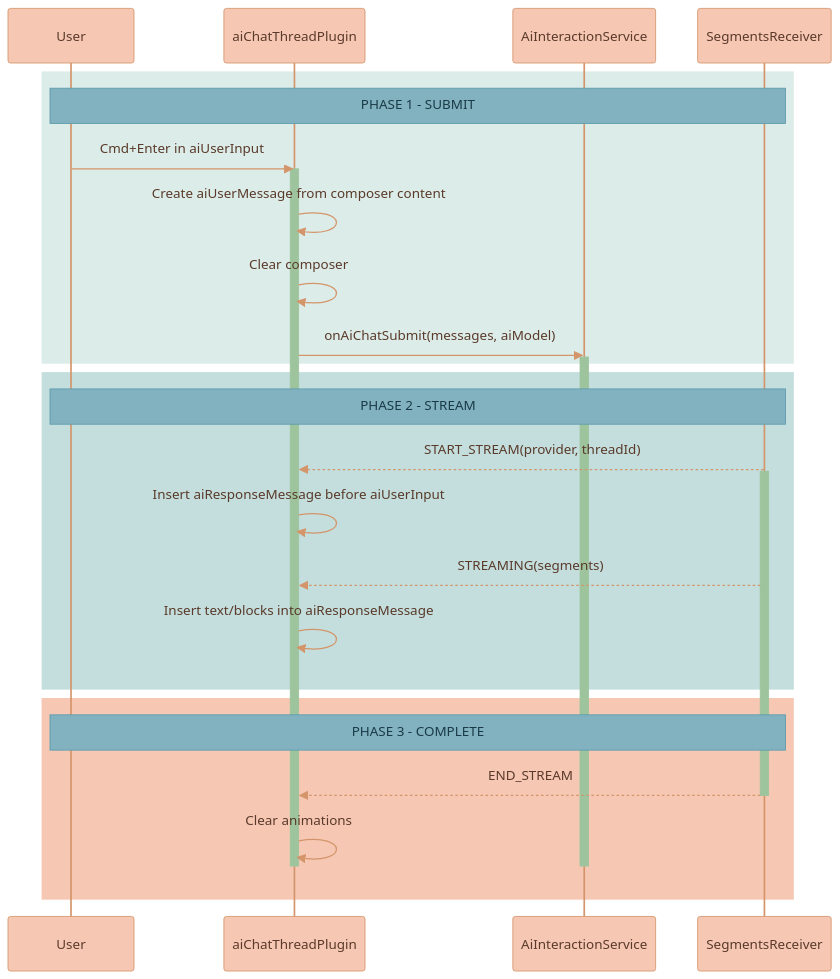
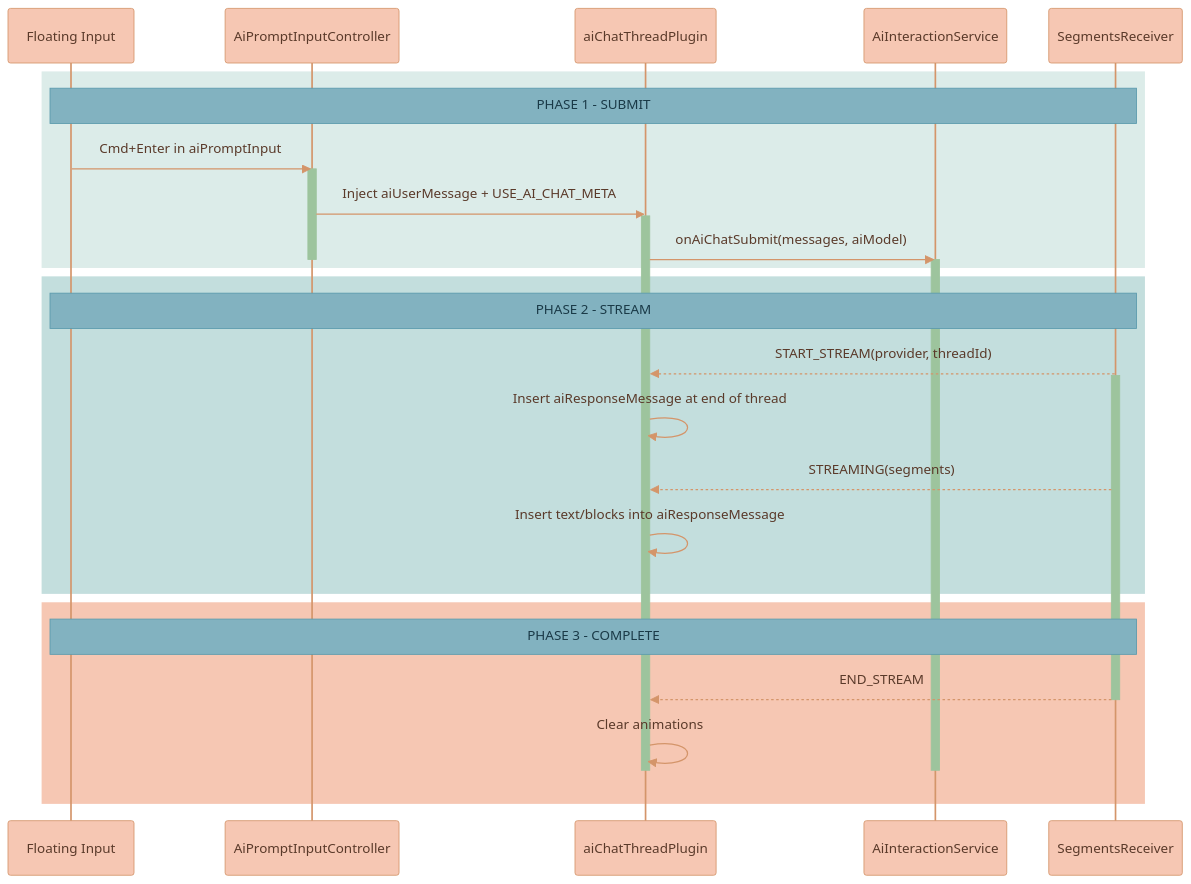
Before and after one commit to Lixpi/lixpi: the seventh of 8 diagrams in services/web-ui/src/components/proseMirror/README.md, drawn with Mermaid. The commit also changed other lines of this file and 21 other files, not shown here.

Commit message:
LIX-43 # split ai chat thread and ai user input into separate nodes rendered in separate prosemirror intances

````diff
--- a/services/web-ui/src/components/proseMirror/README.md
+++ b/services/web-ui/src/components/proseMirror/README.md
@@ -315,42 +321,44 @@
 ```mermaid
 %%{init: {'theme': 'base', 'themeVariables': { 'noteBkgColor': '#82B2C0', 'noteTextColor': '#1a3a47', 'noteBorderColor': '#5a9aad', 'actorBkg': '#F6C7B3', 'actorBorder': '#d4956a', 'actorTextColor': '#5a3a2a', 'actorLineColor': '#d4956a', 'signalColor': '#d4956a', 'signalTextColor': '#5a3a2a', 'labelBoxBkgColor': '#F6C7B3', 'labelBoxBorderColor': '#d4956a', 'labelTextColor': '#5a3a2a', 'loopTextColor': '#5a3a2a', 'activationBorderColor': '#9DC49D', 'activationBkgColor': '#9DC49D', 'sequenceNumberColor': '#5a3a2a'}}}%%
 sequenceDiagram
-  participant UI as User
+  participant FI as Floating Input
+  participant Ctrl as AiPromptInputController
   participant Plugin as aiChatThreadPlugin
   participant S as AiInteractionService
   participant SR as SegmentsReceiver
   %% ═══════════════════════════════════════════════════════════════
   %% PHASE 1: SUBMIT
   %% ═══════════════════════════════════════════════════════════════
   rect rgb(220, 236, 233)
-      Note over UI, SR: PHASE 1 - SUBMIT
-      UI->>Plugin: Cmd+Enter in aiUserInput
+      Note over FI, SR: PHASE 1 - SUBMIT
+      FI->>Ctrl: Cmd+Enter in aiPromptInput
+      activate Ctrl
+      Ctrl->>Plugin: Inject aiUserMessage + USE_AI_CHAT_META
       activate Plugin
-      Plugin->>Plugin: Create aiUserMessage from composer content
-      Plugin->>Plugin: Clear composer
       Plugin->>S: onAiChatSubmit(messages, aiModel)
       activate S
+      deactivate Ctrl
   end
   %% ═══════════════════════════════════════════════════════════════
   %% PHASE 2: STREAM
   %% ═══════════════════════════════════════════════════════════════
   rect rgb(195, 222, 221)
-      Note over UI, SR: PHASE 2 - STREAM
+      Note over FI, SR: PHASE 2 - STREAM
       SR-->>Plugin: START_STREAM(provider, threadId)
       activate SR
-      Plugin->>Plugin: Insert aiResponseMessage before aiUserInput
+      Plugin->>Plugin: Insert aiResponseMessage at end of thread
       SR-->>Plugin: STREAMING(segments)
       Plugin->>Plugin: Insert text/blocks into aiResponseMessage
   end
   %% ═══════════════════════════════════════════════════════════════
   %% PHASE 3: COMPLETE
   %% ═══════════════════════════════════════════════════════════════
   rect rgb(246, 199, 179)
-      Note over UI, SR: PHASE 3 - COMPLETE
+      Note over FI, SR: PHASE 3 - COMPLETE
       SR-->>Plugin: END_STREAM
       deactivate SR
       Plugin->>Plugin: Clear animations
       deactivate S
       deactivate Plugin
   end
 ```
````
